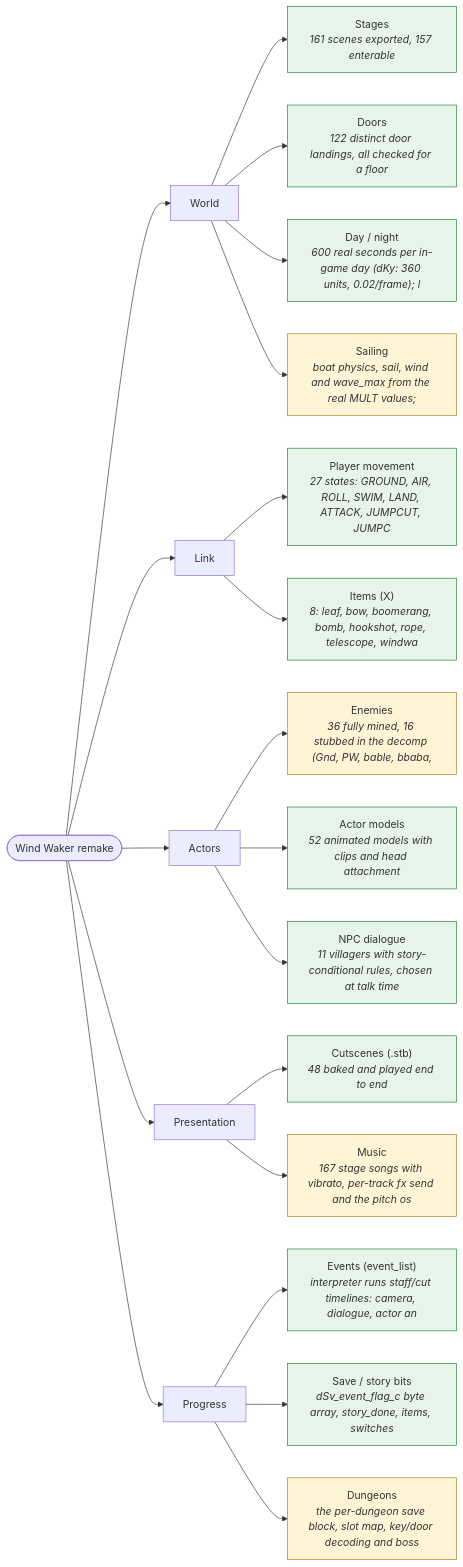
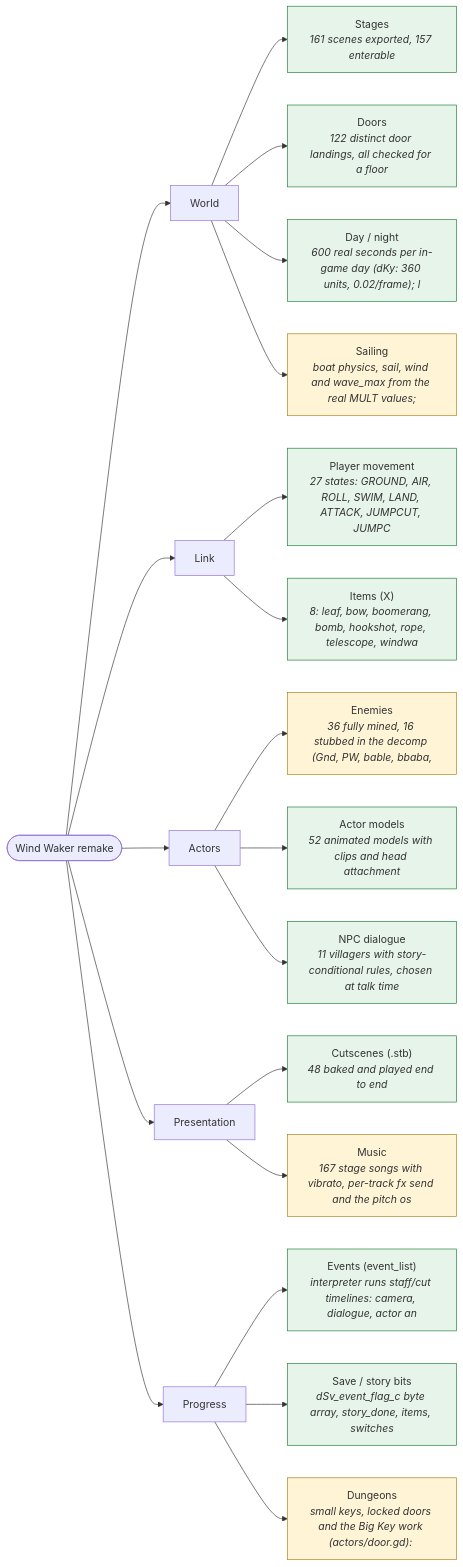
The first of 2 diagrams in docs/game_map.md (Felbs/3d-ripper-9000), drawn with Mermaid before and after one commit. The commit also changed other lines of this file and 2 other files, not shown here.

First paragraph of the commit message:
gcrip: dungeons lock - small keys, the Big Key, and doors that were scenery until now
159 door10 and 52 door12 placements existed in the levels as pure decoration, so every doorway
in the game was open.  They are doors now.

````diff
--- a/docs/game_map.md
+++ b/docs/game_map.md
@@ -12,40 +12,40 @@
 ```mermaid
 flowchart LR
     classDef ok fill:#e6f4ea,stroke:#1e7d34;
     classDef partial fill:#fff4d6,stroke:#a97f13;
     classDef missing fill:#fde7e7,stroke:#a51b1b;
     GAME(["Wind Waker remake"])
     GAME --> G0["World"]
     G0 --> G0_0["Stages<br/><i>161 scenes exported, 157 enterable</i>"]
     class G0_0 ok;
     G0 --> G0_1["Doors<br/><i>122 distinct door landings, all checked for a floor</i>"]
     class G0_1 ok;
     G0 --> G0_2["Day / night<br/><i>600 real seconds per in-game day (dKy: 360 units, 0.02/frame); l</i>"]
     class G0_2 ok;
     G0 --> G0_3["Sailing<br/><i>boat physics, sail, wind and wave_max from the real MULT values;</i>"]
     class G0_3 partial;
     GAME --> G1["Link"]
     G1 --> G1_0["Player movement<br/><i>27 states: GROUND, AIR, ROLL, SWIM, LAND, ATTACK, JUMPCUT, JUMPC</i>"]
     class G1_0 ok;
     G1 --> G1_1["Items (X)<br/><i>8: leaf, bow, boomerang, bomb, hookshot, rope, telescope, windwa</i>"]
     class G1_1 ok;
     GAME --> G2["Actors"]
     G2 --> G2_0["Enemies<br/><i>36 fully mined, 16 stubbed in the decomp (Gnd, PW, bable, bbaba,</i>"]
     class G2_0 partial;
     G2 --> G2_1["Actor models<br/><i>52 animated models with clips and head attachment</i>"]
     class G2_1 ok;
     G2 --> G2_2["NPC dialogue<br/><i>11 villagers with story-conditional rules, chosen at talk time</i>"]
     class G2_2 ok;
     GAME --> G3["Presentation"]
     G3 --> G3_0["Cutscenes (.stb)<br/><i>48 baked and played end to end</i>"]
     class G3_0 ok;
     G3 --> G3_1["Music<br/><i>167 stage songs with vibrato, per-track fx send and the pitch os</i>"]
     class G3_1 partial;
     GAME --> G4["Progress"]
     G4 --> G4_0["Events (event_list)<br/><i>interpreter runs staff/cut timelines: camera, dialogue, actor an</i>"]
     class G4_0 ok;
     G4 --> G4_1["Save / story bits<br/><i>dSv_event_flag_c byte array, story_done, items, switches</i>"]
     class G4_1 ok;
-    G4 --> G4_2["Dungeons<br/><i>the per-dungeon save block, slot map, key/door decoding and boss</i>"]
+    G4 --> G4_2["Dungeons<br/><i>small keys, locked doors and the Big Key work (actors/door.gd): </i>"]
     class G4_2 partial;
 ```
````
